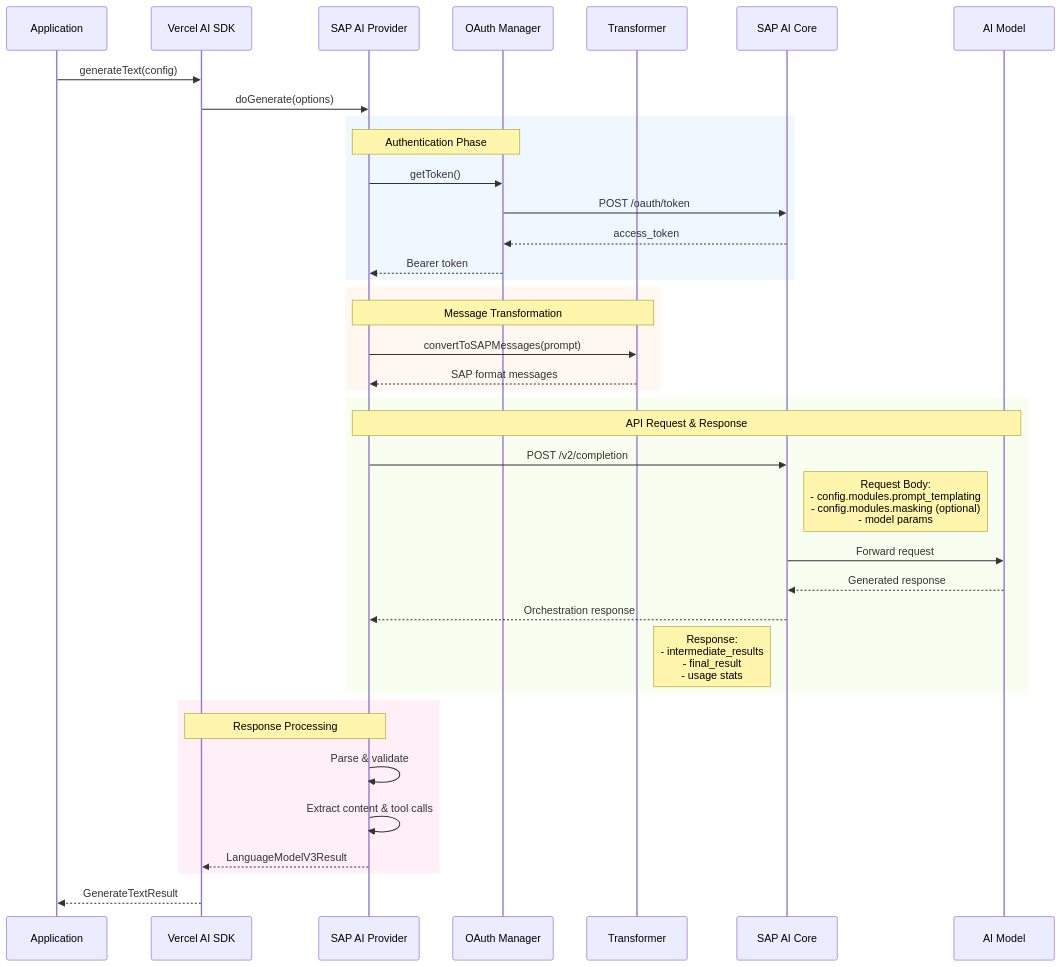
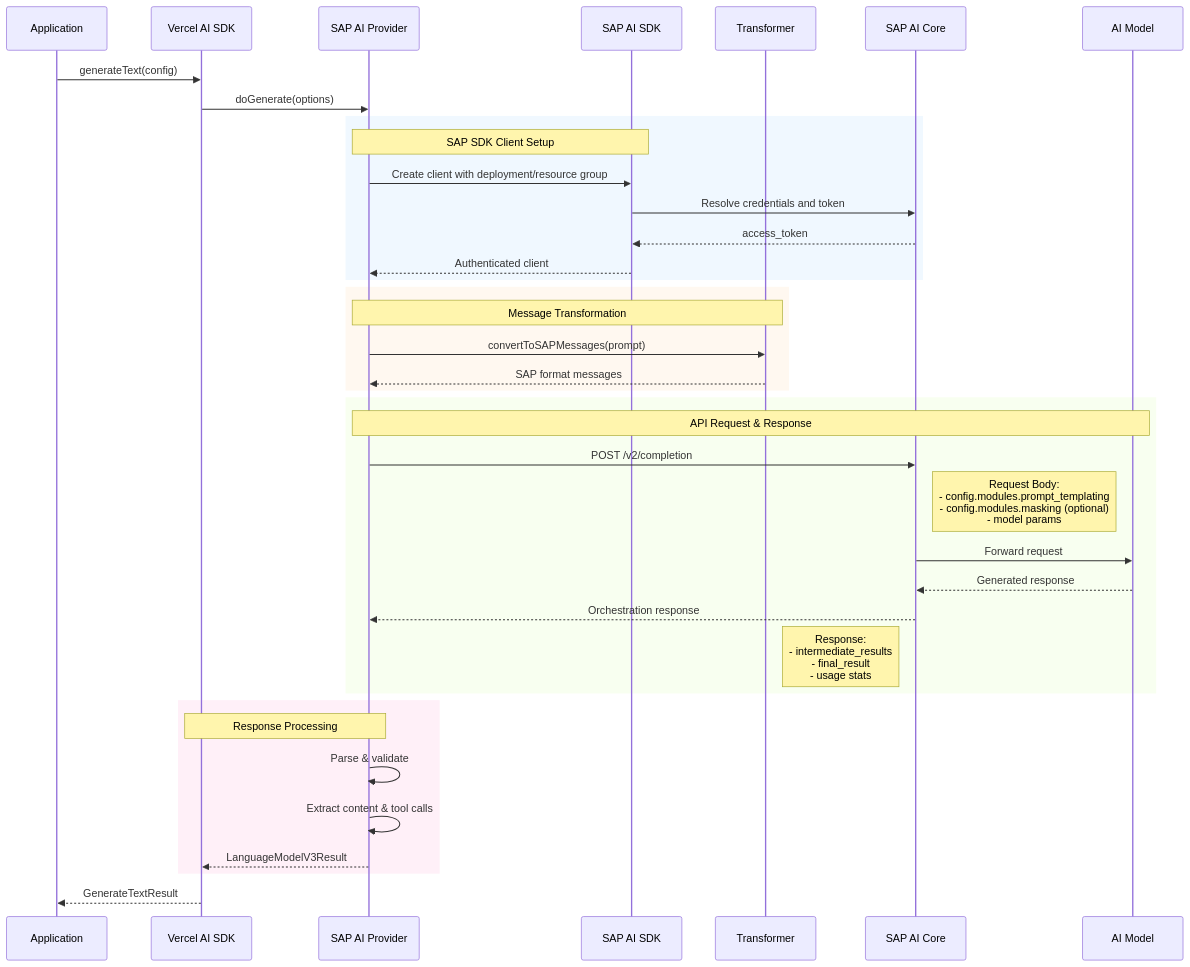
The second of 11 diagrams in ARCHITECTURE.md (jerome-benoit/sap-ai-provider), drawn with Mermaid before and after one commit. The commit also changed other lines of this file and 9 other files, not shown here.

````diff
--- a/ARCHITECTURE.md
+++ b/ARCHITECTURE.md
@@ -159,46 +160,46 @@
 ```mermaid
 sequenceDiagram
     participant App as Application
     participant SDK as Vercel AI SDK
     participant Prov as SAP AI Provider
-    participant Auth as OAuth Manager
+    participant SAPSDK as SAP AI SDK
     participant Trans as Transformer
     participant SAP as SAP AI Core
     participant Model as AI Model
 
     App->>SDK: generateText(config)
     SDK->>Prov: doGenerate(options)
 
     rect rgb(240, 248, 255)
-        Note over Prov,Auth: Authentication Phase
-        Prov->>Auth: getToken()
-        Auth->>SAP: POST /oauth/token
-        SAP-->>Auth: access_token
-        Auth-->>Prov: Bearer token
+        Note over Prov,SAPSDK: SAP SDK Client Setup
+        Prov->>SAPSDK: Create client with deployment/resource group
+        SAPSDK->>SAP: Resolve credentials and token
+        SAP-->>SAPSDK: access_token
+        SAPSDK-->>Prov: Authenticated client
     end
 
     rect rgb(255, 248, 240)
         Note over Prov,Trans: Message Transformation
         Prov->>Trans: convertToSAPMessages(prompt)
         Trans-->>Prov: SAP format messages
     end
 
     rect rgb(248, 255, 240)
         Note over Prov,Model: API Request & Response
         Prov->>SAP: POST /v2/completion
         Note right of SAP: Request Body:<br/>- config.modules.prompt_templating<br/>- config.modules.masking (optional)<br/>- model params
         SAP->>Model: Forward request
         Model-->>SAP: Generated response
         SAP-->>Prov: Orchestration response
         Note left of SAP: Response:<br/>- intermediate_results<br/>- final_result<br/>- usage stats
     end
 
     rect rgb(255, 240, 248)
         Note over Prov,SDK: Response Processing
         Prov->>Prov: Parse & validate
         Prov->>Prov: Extract content & tool calls
         Prov-->>SDK: LanguageModelV3Result
     end
 
     SDK-->>App: GenerateTextResult
 ```
````
